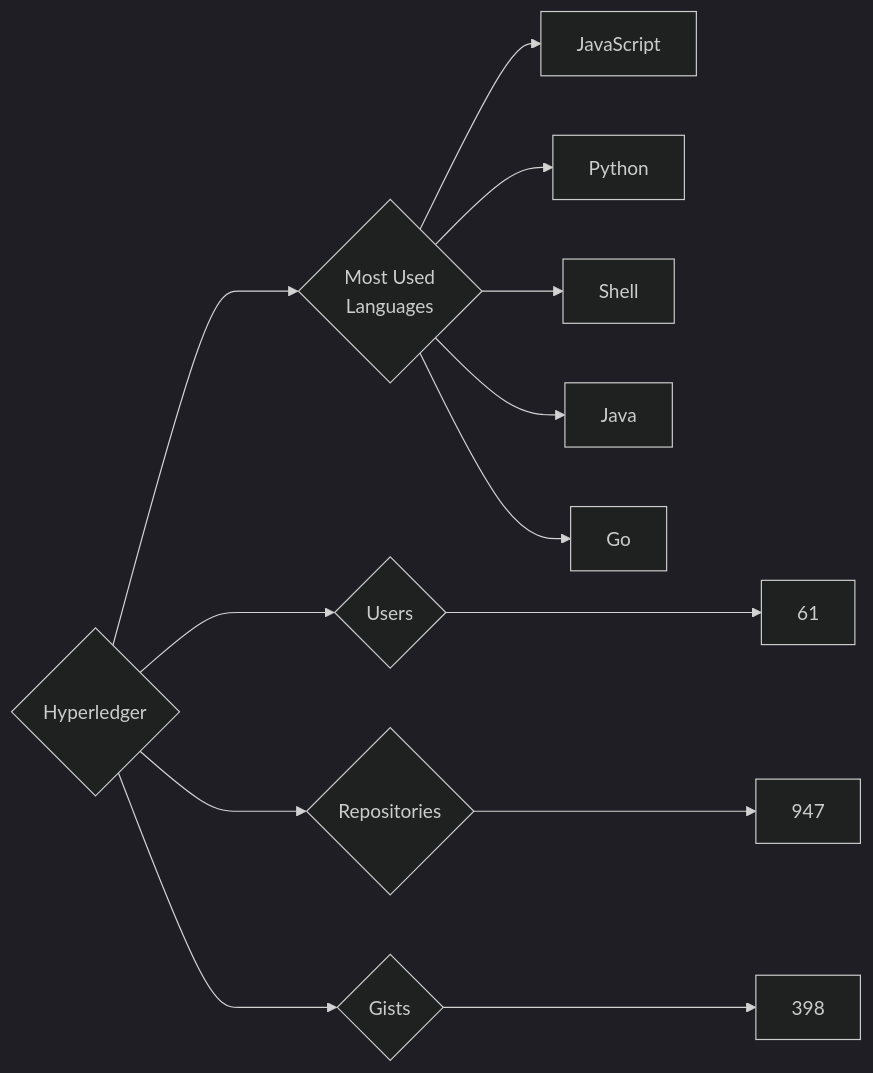
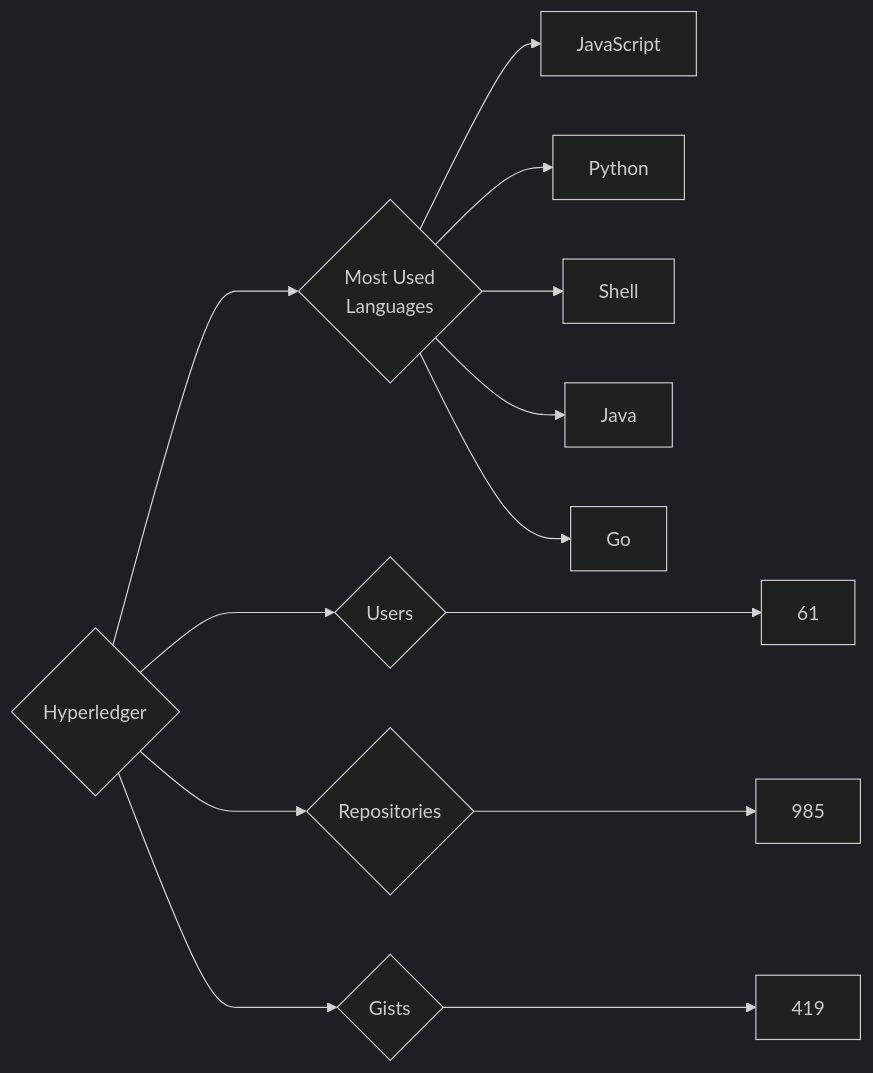
Before and after one commit to trickest/insiders: the diagram in targets/Hyperledger/README.md, drawn with Mermaid (dark theme). The commit also changed 872 other files, not shown here.

````diff
--- a/targets/Hyperledger/README.md
+++ b/targets/Hyperledger/README.md
@@ -3,13 +3,13 @@
 ```mermaid
 graph LR
 COMPANY_NAME{Hyperledger}
 COMPANY_NAME ---> U{Users} ---> UN[61]
-COMPANY_NAME ---> R{Repositories} ---> RN[947]
-COMPANY_NAME ---> G{Gists} ---> GN[398]
+COMPANY_NAME ---> R{Repositories} ---> RN[985]
+COMPANY_NAME ---> G{Gists} ---> GN[419]
 COMPANY_NAME ---> ML{Most Used<br>Languages}
 ML --> JavaScript[JavaScript]
 ML --> Python[Python]
 ML --> Shell[Shell]
 ML --> Java[Java]
 ML --> Go[Go]
 ```
````
